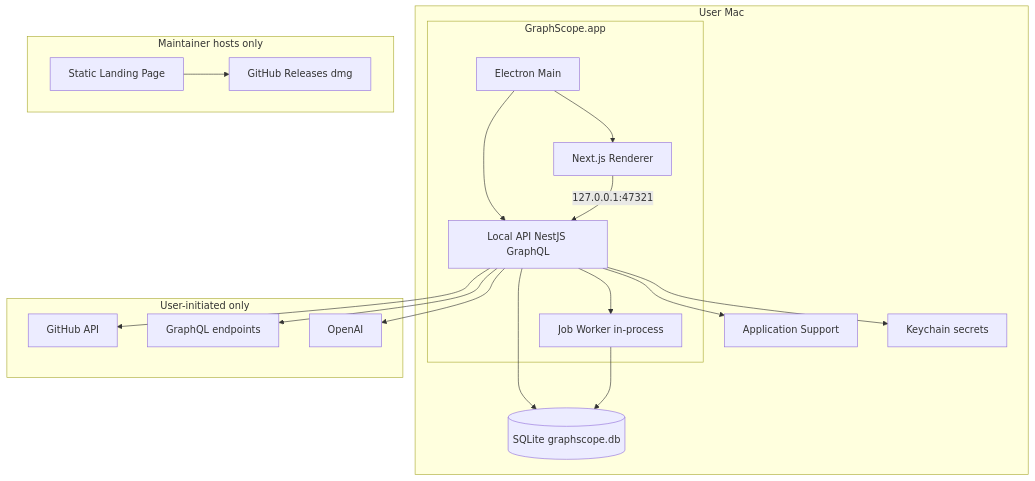
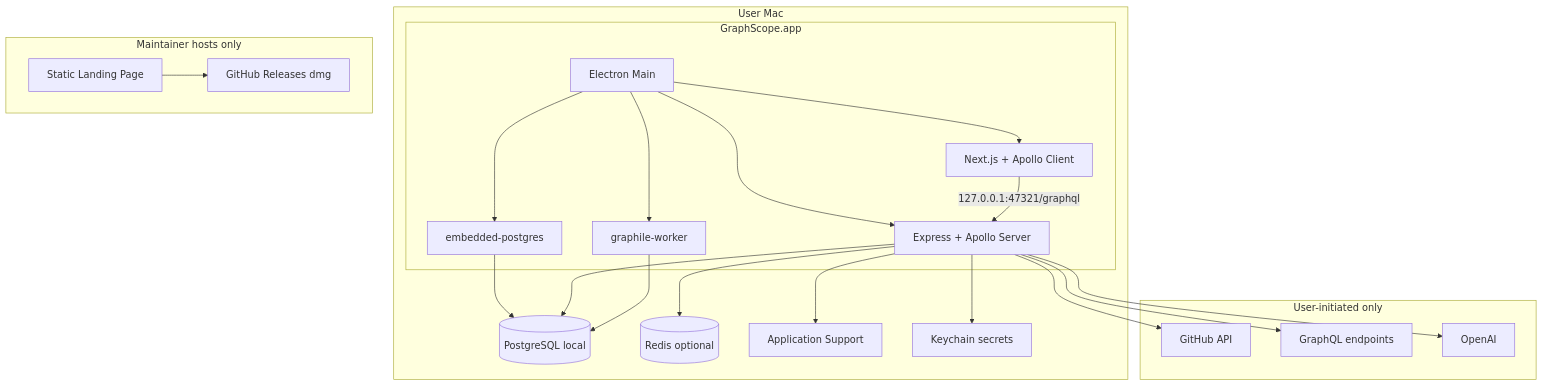
The first of 2 diagrams in docs/spec/02-system-design.md (Arbtrage/GraphScope), drawn with Mermaid before and after one commit. The commit also changed other lines of this file and 18 other files, not shown here.

````diff
--- a/docs/spec/02-system-design.md
+++ b/docs/spec/02-system-design.md
@@ -56,38 +58,43 @@
 ```mermaid
 flowchart TB
   subgraph userMac [User Mac]
     subgraph app [GraphScope.app]
       Main[Electron Main]
-      UI[Next.js Renderer]
-      API[Local API NestJS GraphQL]
-      Worker[Job Worker in-process]
+      UI[Next.js + Apollo Client]
+      API[Express + Apollo Server]
+      Worker[graphile-worker]
+      EPG[embedded-postgres]
     end
-    DB[(SQLite graphscope.db)]
+    PG[(PostgreSQL local)]
+    Redis[(Redis optional)]
     Files[Application Support]
     KC[Keychain secrets]
   end
 
   subgraph external [User-initiated only]
     GH[GitHub API]
     GQL[GraphQL endpoints]
     OAI[OpenAI]
   end
 
   subgraph maintainer [Maintainer hosts only]
     LP[Static Landing Page]
     Rel[GitHub Releases dmg]
   end
 
+  Main --> EPG
+  EPG --> PG
   Main --> UI
   Main --> API
-  UI -->|127.0.0.1:47321| API
-  API --> DB
+  Main --> Worker
+  UI -->|127.0.0.1:47321/graphql| API
+  API --> PG
+  Worker --> PG
+  API --> Redis
   API --> Files
-  API --> Worker
-  Worker --> DB
   API --> KC
   API --> GH
   API --> GQL
   API --> OAI
   LP --> Rel
 ```
````
